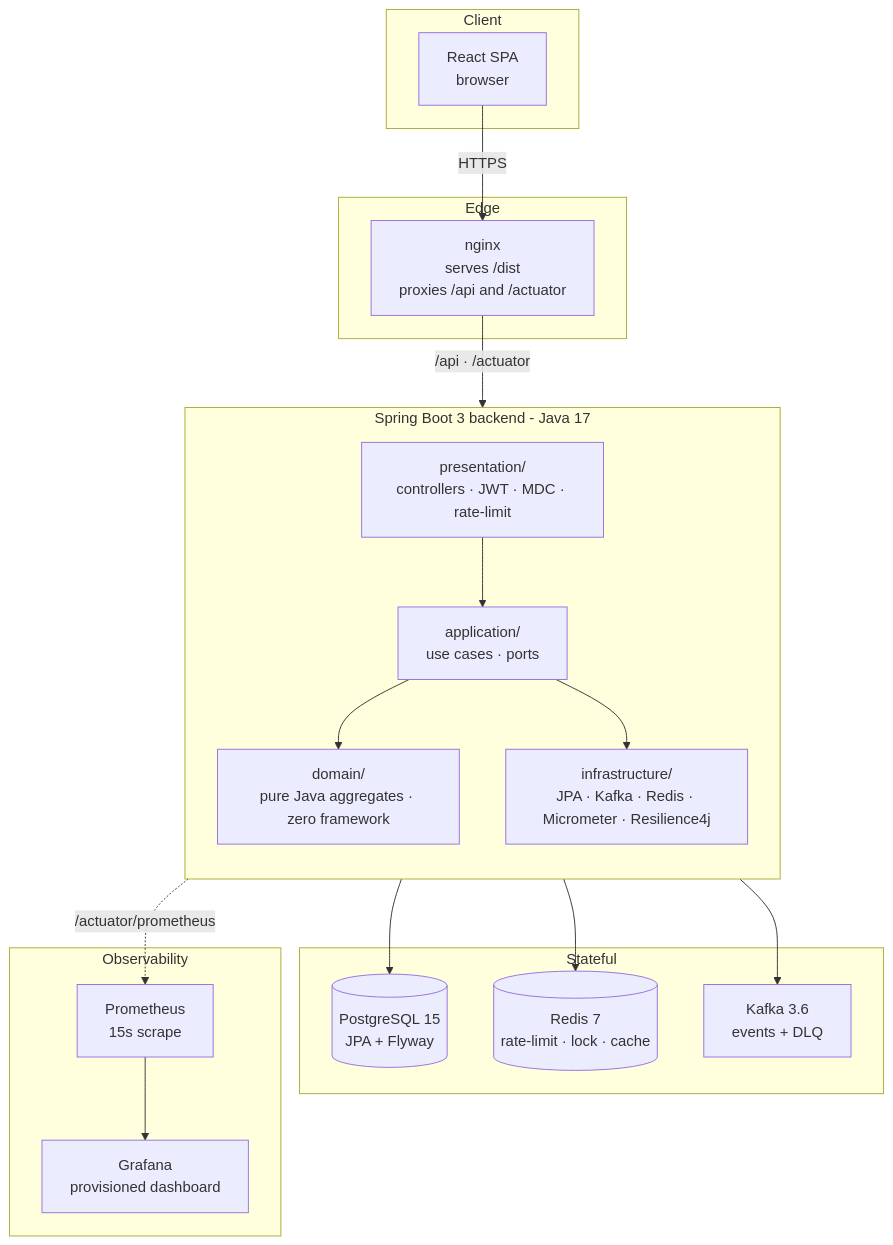
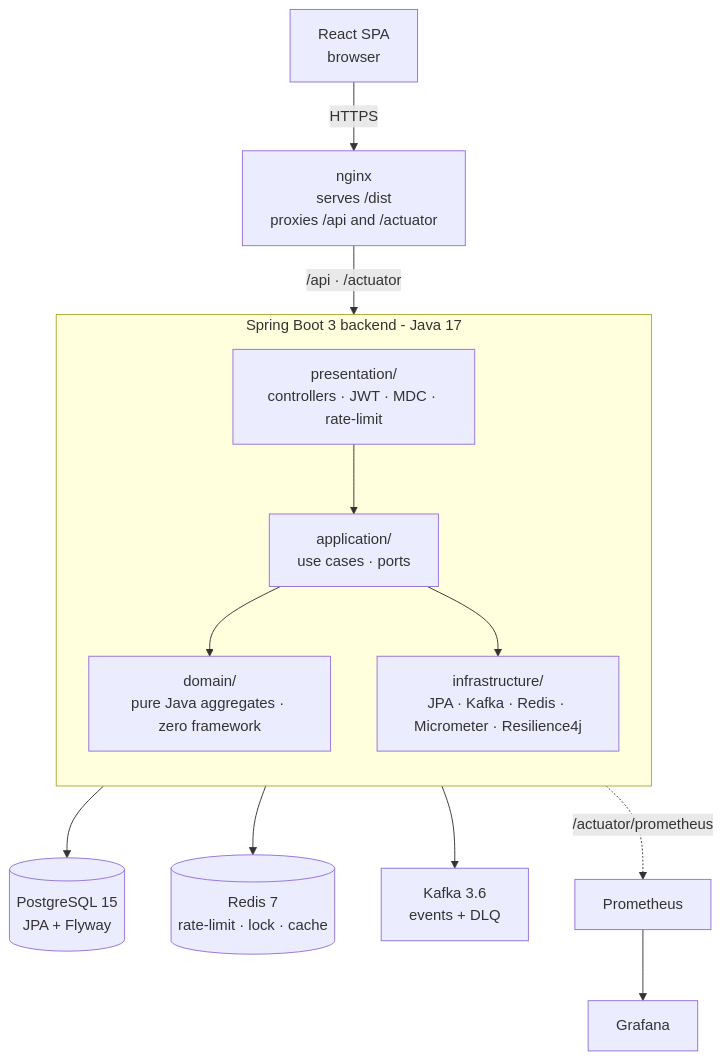
One commit to cuongnv03/payment-transaction-service changed the first of 2 diagrams in README.md. Above: the diagram before and after it, drawn with Mermaid. The commit also changed other lines of this file and 3 other files, not shown here.

````diff
--- a/README.md
+++ b/README.md
@@ -82,39 +167,30 @@
 ```mermaid
 flowchart TB
-    subgraph Client
-        Browser[React SPA<br/>browser]
-    end
-
-    subgraph Edge
-        Nginx[nginx<br/>serves /dist<br/>proxies /api and /actuator]
-    end
+    Browser[React SPA<br/>browser]
+    Nginx[nginx<br/>serves /dist<br/>proxies /api and /actuator]
 
     subgraph Backend [Spring Boot 3 backend - Java 17]
         direction TB
         Pres[presentation/<br/>controllers · JWT · MDC · rate-limit]
         App[application/<br/>use cases · ports]
         Dom[domain/<br/>pure Java aggregates · zero framework]
         Inf[infrastructure/<br/>JPA · Kafka · Redis · Micrometer · Resilience4j]
         Pres --> App --> Dom
         App --> Inf
     end
 
-    subgraph Stateful
-        PG[(PostgreSQL 15<br/>JPA + Flyway)]
-        Redis[(Redis 7<br/>rate-limit · lock · cache)]
-        Kafka[Kafka 3.6<br/>events + DLQ]
-    end
+    PG[(PostgreSQL 15<br/>JPA + Flyway)]
+    Redis[(Redis 7<br/>rate-limit · lock · cache)]
+    Kafka[Kafka 3.6<br/>events + DLQ]
 
-    subgraph Observability
-        Prom[Prometheus<br/>15s scrape]
-        Graf[Grafana<br/>provisioned dashboard]
-    end
+    Prom[Prometheus]
+    Graf[Grafana]
 
     Browser -->|HTTPS| Nginx
     Nginx -->|/api · /actuator| Backend
     Inf --> PG
     Inf --> Redis
     Inf --> Kafka
     Backend -.->|/actuator/prometheus| Prom
     Prom --> Graf
 ```
````
